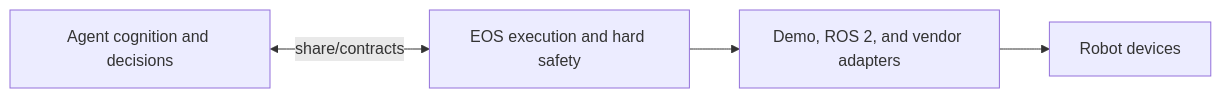
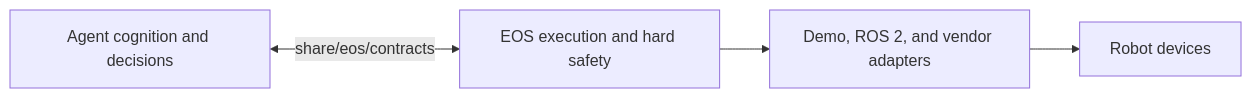
Before and after one commit to Island-Team/Aether-EOS-R: the first of 2 diagrams in docs_cn/island/layout_cn.md, drawn with Mermaid. The commit also changed other lines of this file and 1196 other files, not shown here.

````diff
--- a/docs_cn/island/layout_cn.md
+++ b/docs_cn/island/layout_cn.md
@@ -19,6 +21,6 @@
 ```mermaid
 flowchart LR
-  agent["Agent cognition and decisions"] <-->|"share/contracts"| eos["EOS execution and hard safety"]
+  agent["Agent cognition and decisions"] <-->|"share/eos/contracts"| eos["EOS execution and hard safety"]
   eos --> adapters["Demo, ROS 2, and vendor adapters"]
   adapters --> hardware["Robot devices"]
 ```
````
